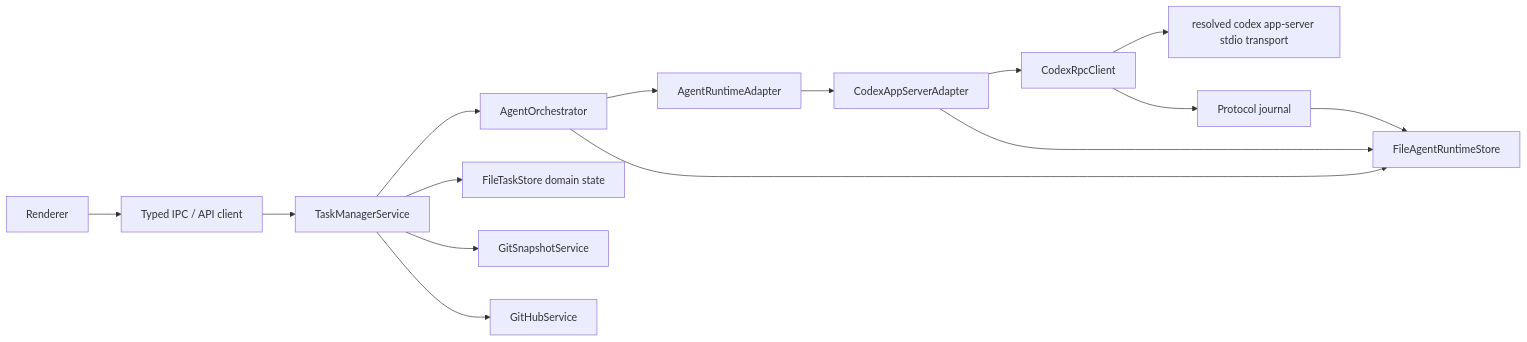
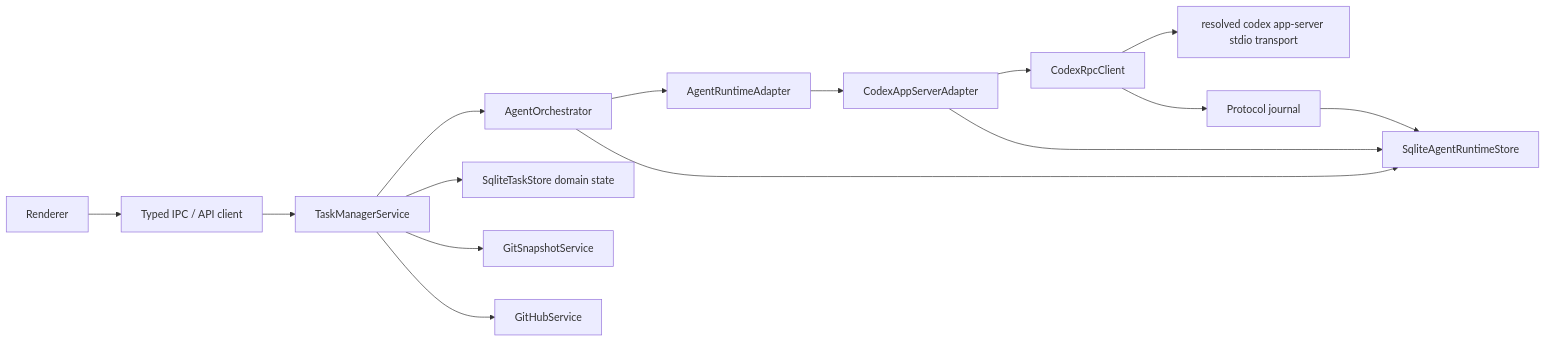
One commit to RojhatToptamus/task-monki changed the diagram in docs/APP_SERVER_ARCHITECTURE.md. Above: the diagram before and after it, drawn with Mermaid. The commit also changed other lines of this file and 136 other files, not shown here.

````diff
--- a/docs/APP_SERVER_ARCHITECTURE.md
+++ b/docs/APP_SERVER_ARCHITECTURE.md
@@ -33,17 +33,17 @@
 ```mermaid
 flowchart LR
   UI["Renderer"] --> IPC["Typed IPC / API client"]
   IPC --> Service["TaskManagerService"]
   Service --> Orchestrator["AgentOrchestrator"]
   Orchestrator --> Adapter["AgentRuntimeAdapter"]
   Adapter --> Codex["CodexAppServerAdapter"]
   Codex --> RPC["CodexRpcClient"]
   RPC --> Server["resolved codex app-server stdio transport"]
   RPC --> Journal["Protocol journal"]
-  Orchestrator --> RuntimeStore["FileAgentRuntimeStore"]
+  Orchestrator --> RuntimeStore["SqliteAgentRuntimeStore"]
   Codex --> RuntimeStore
   Journal --> RuntimeStore
-  Service --> TaskStore["FileTaskStore domain state"]
+  Service --> TaskStore["SqliteTaskStore domain state"]
   Service --> Git["GitSnapshotService"]
   Service --> GitHub["GitHubService"]
 ```
````
